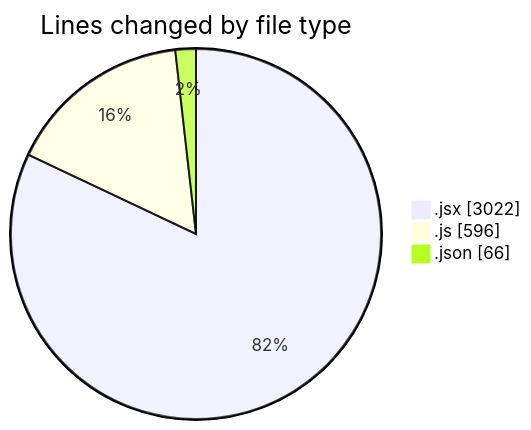
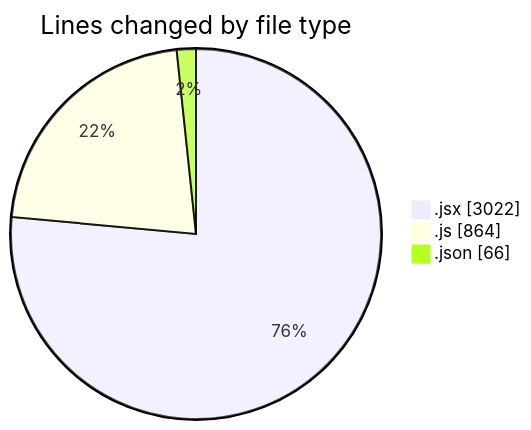
The first of 2 diagrams in 2025-08-06/nxtqube_webapp/README.md (nxtqubesakshisongat/code-tracking), drawn with Mermaid before and after one commit. The commit also changed other lines of this file and 1 other file, not shown here.

````diff
--- a/2025-08-06/nxtqube_webapp/README.md
+++ b/2025-08-06/nxtqube_webapp/README.md
@@ -27,7 +28,7 @@
 ```mermaid
 pie showData
 title Lines changed by file type
 ".jsx" : 3022
-".js" : 596
+".js" : 864
 ".json" : 66
 ```
````
